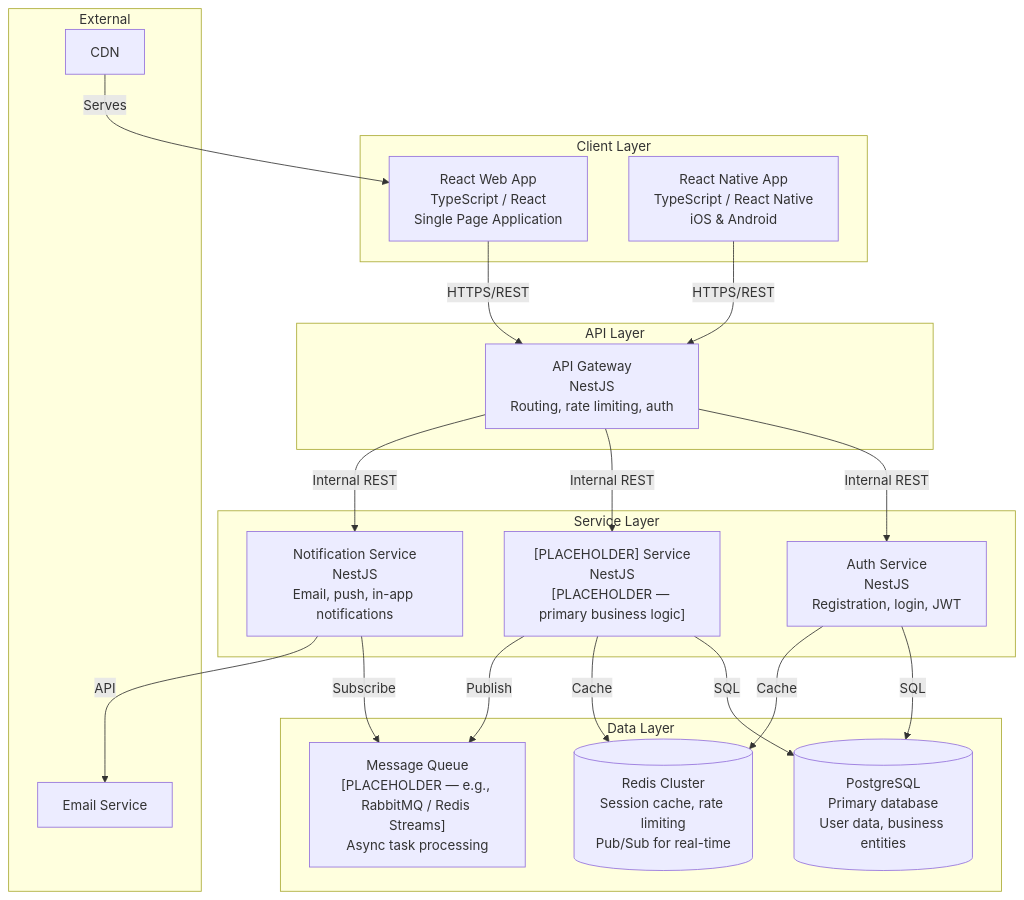
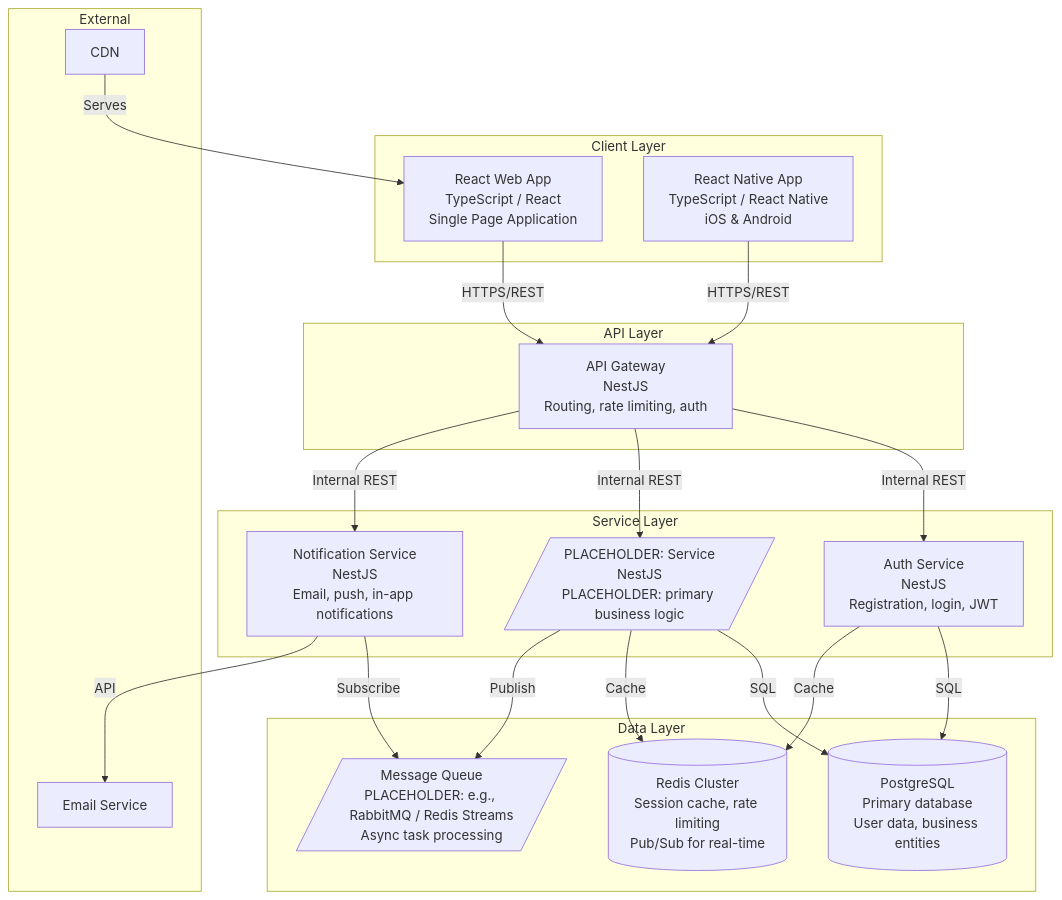
One commit to tonylnng/gateforge-blueprint-template changed the third of 8 diagrams in architecture/technical-architecture.md. Above: the diagram before and after it, drawn with Mermaid. The commit also changed other lines of this file and 17 other files, not shown here.

````diff
--- a/architecture/technical-architecture.md
+++ b/architecture/technical-architecture.md
@@ -105,44 +118,46 @@
 ```mermaid
+%% Title: Container Diagram (C4 Level 2)
+%% Type:  flowchart
 flowchart TD
     subgraph "Client Layer"
-        WebApp["React Web App\nTypeScript / React\nSingle Page Application"]
-        MobileApp["React Native App\nTypeScript / React Native\niOS & Android"]
+        WebApp["React Web App<br/>TypeScript / React<br/>Single Page Application"]
+        MobileApp["React Native App<br/>TypeScript / React Native<br/>iOS & Android"]
     end
 
     subgraph "API Layer"
-        Gateway["API Gateway\nNestJS\nRouting, rate limiting, auth"]
+        Gateway["API Gateway<br/>NestJS<br/>Routing, rate limiting, auth"]
     end
 
     subgraph "Service Layer"
-        AuthSvc["Auth Service\nNestJS\nRegistration, login, JWT"]
-        CoreSvc["[PLACEHOLDER] Service\nNestJS\n[PLACEHOLDER — primary business logic]"]
-        NotifSvc["Notification Service\nNestJS\nEmail, push, in-app notifications"]
+        AuthSvc["Auth Service<br/>NestJS<br/>Registration, login, JWT"]
+        CoreSvc[/"PLACEHOLDER: Service<br/>NestJS<br/>PLACEHOLDER: primary business logic"/]
+        NotifSvc["Notification Service<br/>NestJS<br/>Email, push, in-app notifications"]
     end
 
     subgraph "Data Layer"
-        PG[("PostgreSQL\nPrimary database\nUser data, business entities")]
-        Redis[("Redis Cluster\nSession cache, rate limiting\nPub/Sub for real-time")]
-        MQ["Message Queue\n[PLACEHOLDER — e.g., RabbitMQ / Redis Streams]\nAsync task processing"]
+        PG[("PostgreSQL<br/>Primary database<br/>User data, business entities")]
+        Redis[("Redis Cluster<br/>Session cache, rate limiting<br/>Pub/Sub for real-time")]
+        MQ[/"Message Queue<br/>PLACEHOLDER: e.g., RabbitMQ / Redis Streams<br/>Async task processing"/]
     end
 
     subgraph "External"
         Email["Email Service"]
         CDN["CDN"]
     end
 
     WebApp -->|"HTTPS/REST"| Gateway
     MobileApp -->|"HTTPS/REST"| Gateway
     CDN -->|"Serves"| WebApp
 
     Gateway -->|"Internal REST"| AuthSvc
     Gateway -->|"Internal REST"| CoreSvc
     Gateway -->|"Internal REST"| NotifSvc
 
     AuthSvc -->|"SQL"| PG
     AuthSvc -->|"Cache"| Redis
     CoreSvc -->|"SQL"| PG
     CoreSvc -->|"Cache"| Redis
     CoreSvc -->|"Publish"| MQ
     NotifSvc -->|"Subscribe"| MQ
     NotifSvc -->|"API"| Email
 ```
````
